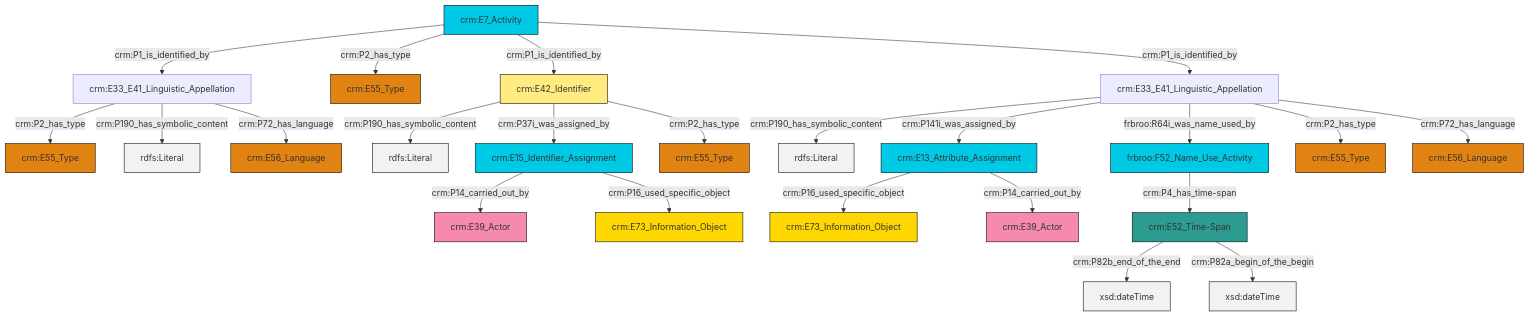
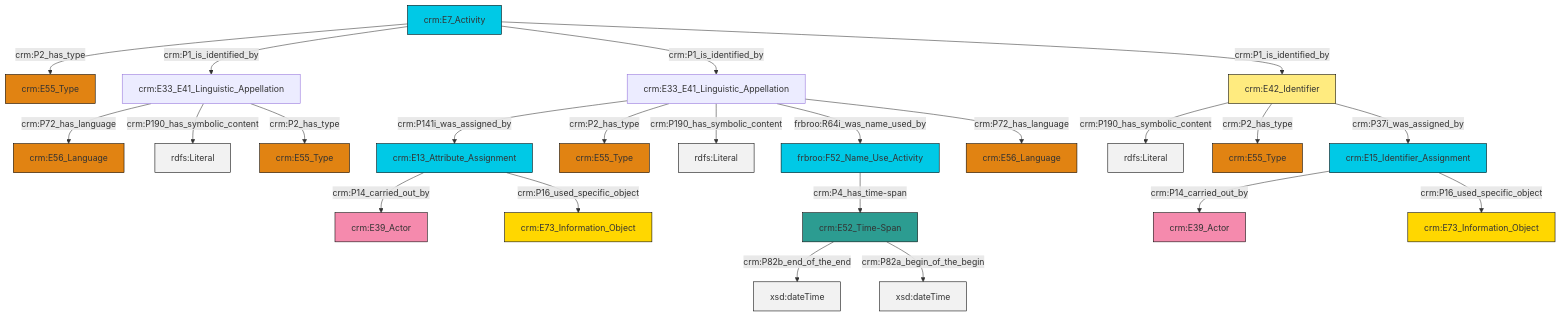
The diagram in et/eventCSV/ttl/mmd/event_name.ttl.mmd (swiss-art-research-net/reference-data-models), drawn with Mermaid before and after one commit. The commit also changed 154 other files, not shown here.

```diff
--- a/et/eventCSV/ttl/mmd/event_name.ttl.mmd
+++ b/et/eventCSV/ttl/mmd/event_name.ttl.mmd
@@ -1,37 +1,37 @@
 graph TD
 classDef Literal fill:#f2f2f2,stroke:#000000;
 classDef CRM_Entity fill:#FFFFFF,stroke:#000000;
 classDef Temporal_Entity fill:#00C9E6, stroke:#000000;
 classDef Type fill:#E18312, stroke:#000000;
 classDef Time-Span fill:#2C9C91, stroke:#000000;
 classDef Appellation fill:#FFEB7F, stroke:#000000;
 classDef Place fill:#008836, stroke:#000000;
 classDef Persistent_Item fill:#B266B2, stroke:#000000;
 classDef Conceptual_Object fill:#FFD700, stroke:#000000;
 classDef Physical_Thing fill:#D2B48C, stroke:#000000;
 classDef Actor fill:#f58aad, stroke:#000000;
 classDef PC_Classes fill:#4ce600, stroke:#000000;
 classDef Multi fill:#cccccc,stroke:#000000;
 
-4["crm:E7_Activity"]:::Temporal_Entity -->|crm:P1_is_identified_by| 5["crm:E33_E41_Linguistic_Appellation"]:::Default
-6["crm:E33_E41_Linguistic_Appellation"]:::Default -->|crm:P190_has_symbolic_content| 7[rdfs:Literal]:::Literal
-10["crm:E42_Identifier"]:::Appellation -->|crm:P190_has_symbolic_content| 11[rdfs:Literal]:::Literal
-5["crm:E33_E41_Linguistic_Appellation"]:::Default -->|crm:P2_has_type| 8["crm:E55_Type"]:::Type
-5["crm:E33_E41_Linguistic_Appellation"]:::Default -->|crm:P190_has_symbolic_content| 14[rdfs:Literal]:::Literal
-18["crm:E13_Attribute_Assignment"]:::Temporal_Entity -->|crm:P16_used_specific_object| 15["crm:E73_Information_Object"]:::Conceptual_Object
-4["crm:E7_Activity"]:::Temporal_Entity -->|crm:P2_has_type| 2["crm:E55_Type"]:::Type
-10["crm:E42_Identifier"]:::Appellation -->|crm:P37i_was_assigned_by| 21["crm:E15_Identifier_Assignment"]:::Temporal_Entity
-22["crm:E52_Time-Span"]:::Time-Span -->|crm:P82b_end_of_the_end| 23[xsd:dateTime]:::Literal
-21["crm:E15_Identifier_Assignment"]:::Temporal_Entity -->|crm:P14_carried_out_by| 24["crm:E39_Actor"]:::Actor
-6["crm:E33_E41_Linguistic_Appellation"]:::Default -->|crm:P141i_was_assigned_by| 18["crm:E13_Attribute_Assignment"]:::Temporal_Entity
-4["crm:E7_Activity"]:::Temporal_Entity -->|crm:P1_is_identified_by| 10["crm:E42_Identifier"]:::Appellation
-19["frbroo:F52_Name_Use_Activity"]:::Temporal_Entity -->|crm:P4_has_time-span| 22["crm:E52_Time-Span"]:::Time-Span
-6["crm:E33_E41_Linguistic_Appellation"]:::Default -->|frbroo:R64i_was_name_used_by| 19["frbroo:F52_Name_Use_Activity"]:::Temporal_Entity
-18["crm:E13_Attribute_Assignment"]:::Temporal_Entity -->|crm:P14_carried_out_by| 25["crm:E39_Actor"]:::Actor
-4["crm:E7_Activity"]:::Temporal_Entity -->|crm:P1_is_identified_by| 6["crm:E33_E41_Linguistic_Appellation"]:::Default
-5["crm:E33_E41_Linguistic_Appellation"]:::Default -->|crm:P72_has_language| 27["crm:E56_Language"]:::Type
-21["crm:E15_Identifier_Assignment"]:::Temporal_Entity -->|crm:P16_used_specific_object| 12["crm:E73_Information_Object"]:::Conceptual_Object
-6["crm:E33_E41_Linguistic_Appellation"]:::Default -->|crm:P2_has_type| 0["crm:E55_Type"]:::Type
-6["crm:E33_E41_Linguistic_Appellation"]:::Default -->|crm:P72_has_language| 36["crm:E56_Language"]:::Type
-22["crm:E52_Time-Span"]:::Time-Span -->|crm:P82a_begin_of_the_begin| 40[xsd:dateTime]:::Literal
-10["crm:E42_Identifier"]:::Appellation -->|crm:P2_has_type| 32["crm:E55_Type"]:::Type
+0["crm:E7_Activity"]:::Temporal_Entity -->|crm:P2_has_type| 1["crm:E55_Type"]:::Type
+4["crm:E13_Attribute_Assignment"]:::Temporal_Entity -->|crm:P14_carried_out_by| 5["crm:E39_Actor"]:::Actor
+0["crm:E7_Activity"]:::Temporal_Entity -->|crm:P1_is_identified_by| 11["crm:E33_E41_Linguistic_Appellation"]:::Default
+12["crm:E33_E41_Linguistic_Appellation"]:::Default -->|crm:P141i_was_assigned_by| 4["crm:E13_Attribute_Assignment"]:::Temporal_Entity
+7["frbroo:F52_Name_Use_Activity"]:::Temporal_Entity -->|crm:P4_has_time-span| 13["crm:E52_Time-Span"]:::Time-Span
+14["crm:E15_Identifier_Assignment"]:::Temporal_Entity -->|crm:P14_carried_out_by| 15["crm:E39_Actor"]:::Actor
+2["crm:E42_Identifier"]:::Appellation -->|crm:P190_has_symbolic_content| 18[rdfs:Literal]:::Literal
+12["crm:E33_E41_Linguistic_Appellation"]:::Default -->|crm:P2_has_type| 16["crm:E55_Type"]:::Type
+0["crm:E7_Activity"]:::Temporal_Entity -->|crm:P1_is_identified_by| 12["crm:E33_E41_Linguistic_Appellation"]:::Default
+14["crm:E15_Identifier_Assignment"]:::Temporal_Entity -->|crm:P16_used_specific_object| 24["crm:E73_Information_Object"]:::Conceptual_Object
+12["crm:E33_E41_Linguistic_Appellation"]:::Default -->|crm:P190_has_symbolic_content| 25[rdfs:Literal]:::Literal
+0["crm:E7_Activity"]:::Temporal_Entity -->|crm:P1_is_identified_by| 2["crm:E42_Identifier"]:::Appellation
+4["crm:E13_Attribute_Assignment"]:::Temporal_Entity -->|crm:P16_used_specific_object| 28["crm:E73_Information_Object"]:::Conceptual_Object
+2["crm:E42_Identifier"]:::Appellation -->|crm:P2_has_type| 19["crm:E55_Type"]:::Type
+13["crm:E52_Time-Span"]:::Time-Span -->|crm:P82b_end_of_the_end| 30[xsd:dateTime]:::Literal
+12["crm:E33_E41_Linguistic_Appellation"]:::Default -->|frbroo:R64i_was_name_used_by| 7["frbroo:F52_Name_Use_Activity"]:::Temporal_Entity
+2["crm:E42_Identifier"]:::Appellation -->|crm:P37i_was_assigned_by| 14["crm:E15_Identifier_Assignment"]:::Temporal_Entity
+11["crm:E33_E41_Linguistic_Appellation"]:::Default -->|crm:P72_has_language| 26["crm:E56_Language"]:::Type
+11["crm:E33_E41_Linguistic_Appellation"]:::Default -->|crm:P190_has_symbolic_content| 36[rdfs:Literal]:::Literal
+13["crm:E52_Time-Span"]:::Time-Span -->|crm:P82a_begin_of_the_begin| 40[xsd:dateTime]:::Literal
+11["crm:E33_E41_Linguistic_Appellation"]:::Default -->|crm:P2_has_type| 21["crm:E55_Type"]:::Type
+12["crm:E33_E41_Linguistic_Appellation"]:::Default -->|crm:P72_has_language| 9["crm:E56_Language"]:::Type
```
